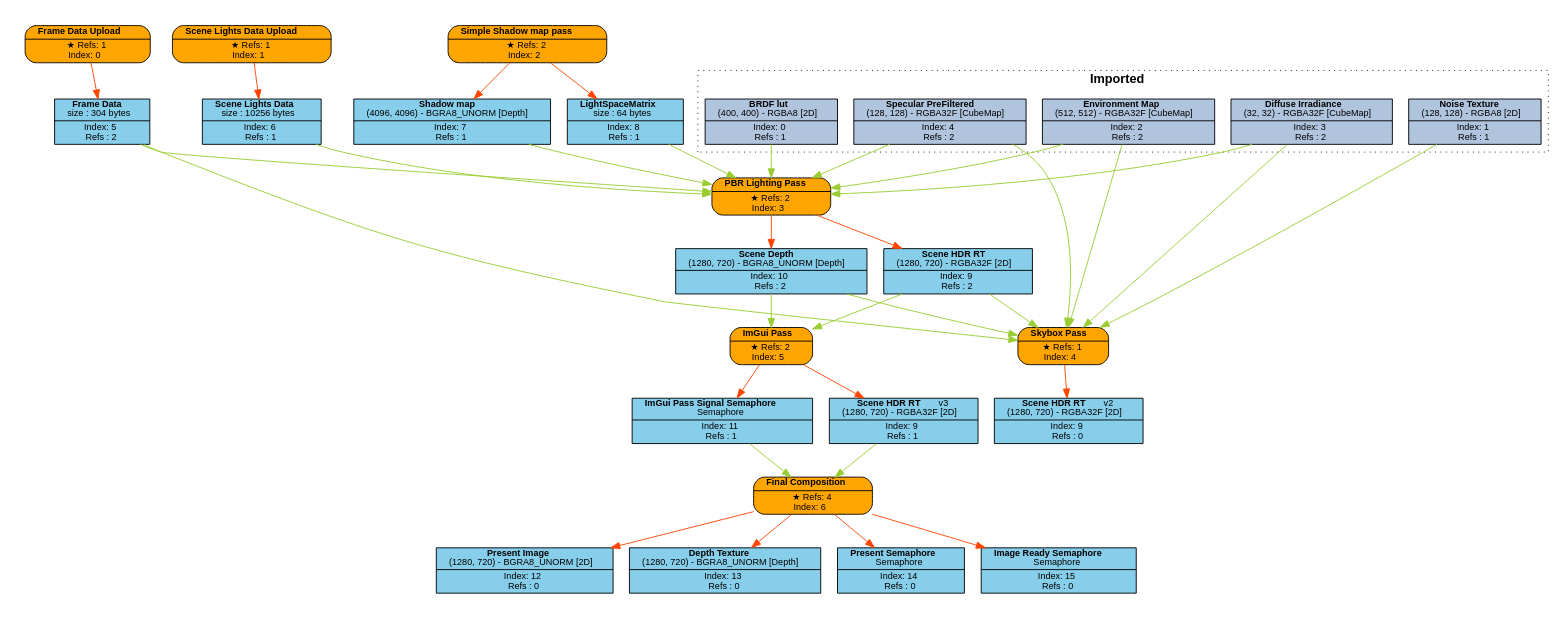
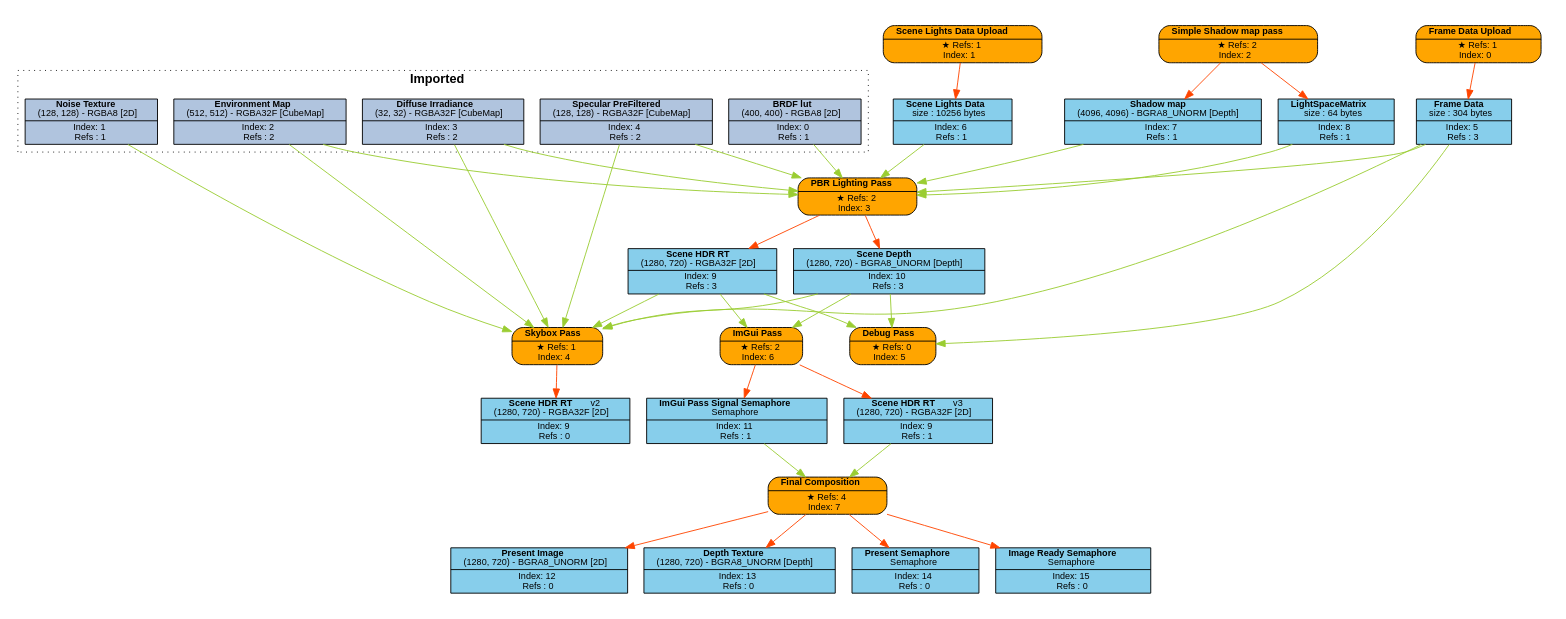
One commit to Pikachuxxxx/Razix changed the diagram in Engine/content/FrameGraphs/pbr_lighting_test.dot. Above: the diagram before and after it, drawn with Graphviz. The commit also changed 8 other files, not shown here.

```diff
--- a/Engine/content/FrameGraphs/pbr_lighting_test.dot
+++ b/Engine/content/FrameGraphs/pbr_lighting_test.dot
@@ -1,86 +1,91 @@
 digraph FrameGraph {
 graph [style=invis, rankdir="TB" ordering=out, splines=spline]
 node [shape=record, fontname="helvetica", fontsize=10, margin="0.2,0.03"]
 
 P0 [label=<{ {<B>Frame Data Upload</B>} | {&#x2605; Refs: 1<BR/> Index: 0} }> style="rounded,filled", fillcolor=orange]
 P1 [label=<{ {<B>Scene Lights Data Upload</B>} | {&#x2605; Refs: 1<BR/> Index: 1} }> style="rounded,filled", fillcolor=orange]
 P2 [label=<{ {<B>Simple Shadow map pass</B>} | {&#x2605; Refs: 2<BR/> Index: 2} }> style="rounded,filled", fillcolor=orange]
 P3 [label=<{ {<B>PBR Lighting Pass</B>} | {&#x2605; Refs: 2<BR/> Index: 3} }> style="rounded,filled", fillcolor=orange]
 P4 [label=<{ {<B>Skybox Pass</B>} | {&#x2605; Refs: 1<BR/> Index: 4} }> style="rounded,filled", fillcolor=orange]
-P5 [label=<{ {<B>ImGui Pass</B>} | {&#x2605; Refs: 2<BR/> Index: 5} }> style="rounded,filled", fillcolor=orange]
-P6 [label=<{ {<B>Final Composition</B>} | {&#x2605; Refs: 4<BR/> Index: 6} }> style="rounded,filled", fillcolor=orange]
+P5 [label=<{ {<B>Debug Pass</B>} | {&#x2605; Refs: 0<BR/> Index: 5} }> style="rounded,filled", fillcolor=orange]
+P6 [label=<{ {<B>ImGui Pass</B>} | {&#x2605; Refs: 2<BR/> Index: 6} }> style="rounded,filled", fillcolor=orange]
+P7 [label=<{ {<B>Final Composition</B>} | {&#x2605; Refs: 4<BR/> Index: 7} }> style="rounded,filled", fillcolor=orange]
 
 R0_1 [label=<{ {<B>BRDF lut</B><BR/>(400, 400) - RGBA8 [2D]} | {Index: 0<BR/>Refs : 1} }> style=filled, fillcolor=lightsteelblue]
 R1_1 [label=<{ {<B>Noise Texture</B><BR/>(128, 128) - RGBA8 [2D]} | {Index: 1<BR/>Refs : 1} }> style=filled, fillcolor=lightsteelblue]
 R2_1 [label=<{ {<B>Environment Map</B><BR/>(512, 512) - RGBA32F [CubeMap]} | {Index: 2<BR/>Refs : 2} }> style=filled, fillcolor=lightsteelblue]
 R3_1 [label=<{ {<B>Diffuse Irradiance</B><BR/>(32, 32) - RGBA32F [CubeMap]} | {Index: 3<BR/>Refs : 2} }> style=filled, fillcolor=lightsteelblue]
 R4_1 [label=<{ {<B>Specular PreFiltered</B><BR/>(128, 128) - RGBA32F [CubeMap]} | {Index: 4<BR/>Refs : 2} }> style=filled, fillcolor=lightsteelblue]
-R5_1 [label=<{ {<B>Frame Data</B><BR/>size : 304 bytes} | {Index: 5<BR/>Refs : 2} }> style=filled, fillcolor=skyblue]
+R5_1 [label=<{ {<B>Frame Data</B><BR/>size : 304 bytes} | {Index: 5<BR/>Refs : 3} }> style=filled, fillcolor=skyblue]
 R6_1 [label=<{ {<B>Scene Lights Data</B><BR/>size : 10256 bytes} | {Index: 6<BR/>Refs : 1} }> style=filled, fillcolor=skyblue]
 R7_1 [label=<{ {<B>Shadow map</B><BR/>(4096, 4096) - BGRA8_UNORM [Depth]} | {Index: 7<BR/>Refs : 1} }> style=filled, fillcolor=skyblue]
 R8_1 [label=<{ {<B>LightSpaceMatrix</B><BR/>size : 64 bytes} | {Index: 8<BR/>Refs : 1} }> style=filled, fillcolor=skyblue]
-R9_1 [label=<{ {<B>Scene HDR RT</B><BR/>(1280, 720) - RGBA32F [2D]} | {Index: 9<BR/>Refs : 2} }> style=filled, fillcolor=skyblue]
-R10_1 [label=<{ {<B>Scene Depth</B><BR/>(1280, 720) - BGRA8_UNORM [Depth]} | {Index: 10<BR/>Refs : 2} }> style=filled, fillcolor=skyblue]
+R9_1 [label=<{ {<B>Scene HDR RT</B><BR/>(1280, 720) - RGBA32F [2D]} | {Index: 9<BR/>Refs : 3} }> style=filled, fillcolor=skyblue]
+R10_1 [label=<{ {<B>Scene Depth</B><BR/>(1280, 720) - BGRA8_UNORM [Depth]} | {Index: 10<BR/>Refs : 3} }> style=filled, fillcolor=skyblue]
 R9_2 [label=<{ {<B>Scene HDR RT</B>   <FONT>v2</FONT><BR/>(1280, 720) - RGBA32F [2D]} | {Index: 9<BR/>Refs : 0} }> style=filled, fillcolor=skyblue]
 R11_1 [label=<{ {<B>ImGui Pass Signal Semaphore</B><BR/>Semaphore} | {Index: 11<BR/>Refs : 1} }> style=filled, fillcolor=skyblue]
 R9_3 [label=<{ {<B>Scene HDR RT</B>   <FONT>v3</FONT><BR/>(1280, 720) - RGBA32F [2D]} | {Index: 9<BR/>Refs : 1} }> style=filled, fillcolor=skyblue]
 R12_1 [label=<{ {<B>Present Image</B><BR/>(1280, 720) - BGRA8_UNORM [2D]} | {Index: 12<BR/>Refs : 0} }> style=filled, fillcolor=skyblue]
 R13_1 [label=<{ {<B>Depth Texture</B><BR/>(1280, 720) - BGRA8_UNORM [Depth]} | {Index: 13<BR/>Refs : 0} }> style=filled, fillcolor=skyblue]
 R14_1 [label=<{ {<B>Present Semaphore</B><BR/>Semaphore} | {Index: 14<BR/>Refs : 0} }> style=filled, fillcolor=skyblue]
 R15_1 [label=<{ {<B>Image Ready Semaphore</B><BR/>Semaphore} | {Index: 15<BR/>Refs : 0} }> style=filled, fillcolor=skyblue]
 
 P0 -> { R5_1 } [color=orangered]
 P1 -> { R6_1 } [color=orangered]
 P2 -> { R7_1 R8_1 } [color=orangered]
 P3 -> { R9_1 R10_1 } [color=orangered]
 P4 -> { R9_2 } [color=orangered]
-P5 -> { R9_3 R11_1 } [color=orangered]
-P6 -> { R12_1 R13_1 R14_1 R15_1 } [color=orangered]
+P5 -> { } [color=orangered]
+P6 -> { R9_3 R11_1 } [color=orangered]
+P7 -> { R12_1 R13_1 R14_1 R15_1 } [color=orangered]
 
 R0_1 -> { P3 } [color=olivedrab3]
 R1_1 -> { P4 } [color=olivedrab3]
 R2_1 -> { P3 P4 } [color=olivedrab3]
 R3_1 -> { P3 P4 } [color=olivedrab3]
 R4_1 -> { P3 P4 } [color=olivedrab3]
-R5_1 -> { P3 P4 } [color=olivedrab3]
+R5_1 -> { P3 P4 P5 } [color=olivedrab3]
 R6_1 -> { P3 } [color=olivedrab3]
 R7_1 -> { P3 } [color=olivedrab3]
 R8_1 -> { P3 } [color=olivedrab3]
-R9_1 -> { P4 P5 } [color=olivedrab3]
-R10_1 -> { P4 P5 } [color=olivedrab3]
+R9_1 -> { P4 P5 P6 } [color=olivedrab3]
+R10_1 -> { P4 P5 P6 } [color=olivedrab3]
 R9_2 -> { } [color=olivedrab3]
-R11_1 -> { P6 } [color=olivedrab3]
-R9_3 -> { P6 } [color=olivedrab3]
+R11_1 -> { P7 } [color=olivedrab3]
+R9_3 -> { P7 } [color=olivedrab3]
 R12_1 -> { } [color=olivedrab3]
 R13_1 -> { } [color=olivedrab3]
 R14_1 -> { } [color=olivedrab3]
 R15_1 -> { } [color=olivedrab3]
 
 subgraph cluster_0 {
 P0 R5_1 
 }
 subgraph cluster_1 {
 P1 R6_1 
 }
 subgraph cluster_2 {
 P2 R7_1 R8_1 
 }
 subgraph cluster_3 {
 P3 R9_1 R10_1 
 }
 subgraph cluster_4 {
 P4 
 }
 subgraph cluster_5 {
-P5 R11_1 
+P5 
 }
 subgraph cluster_6 {
-P6 R12_1 R13_1 R14_1 R15_1 
+P6 R11_1 
+}
+subgraph cluster_7 {
+P7 R12_1 R13_1 R14_1 R15_1 
 }
 
 subgraph cluster_imported_resources {
 graph [style=dotted, fontname="helvetica", label=< <B>Imported</B> >]
 R0_1 R1_1 R2_1 R3_1 R4_1 
 }
 
 }
```
